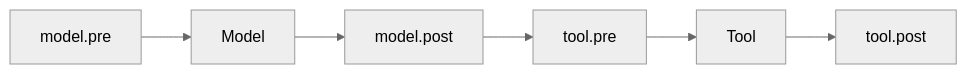
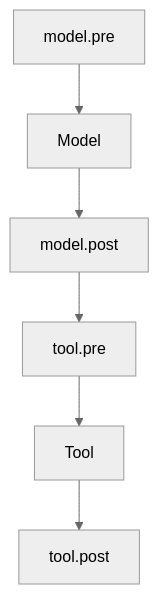
The diagram in docs/content/hooks/overview.mdx (definableai/stellar), drawn with Mermaid (neutral theme) before and after one commit. The commit also changed 6 other files, not shown here.

Commit message:
Docs: a wide diagram scrolls right instead of hiding its left edge, five charts go top-down, the stages page keeps only its table

````diff
--- a/docs/content/hooks/overview.mdx
+++ b/docs/content/hooks/overview.mdx
@@ -10,8 +10,8 @@
 ```mermaid
-flowchart LR
+flowchart TD
   A["model.pre"] --> Model
   Model --> B["model.post"]
   B --> C["tool.pre"]
   C --> Tool
   Tool --> D["tool.post"]
 ```
````
